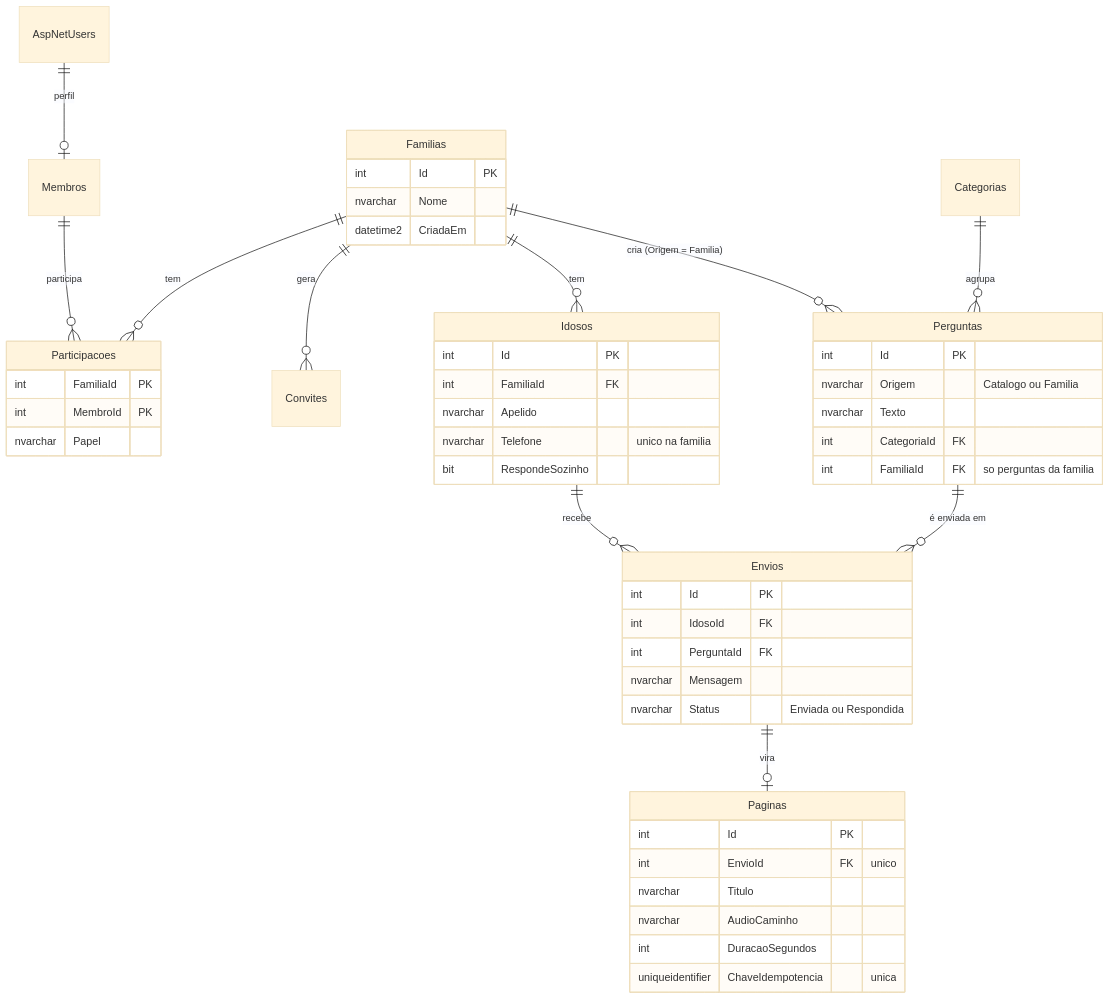
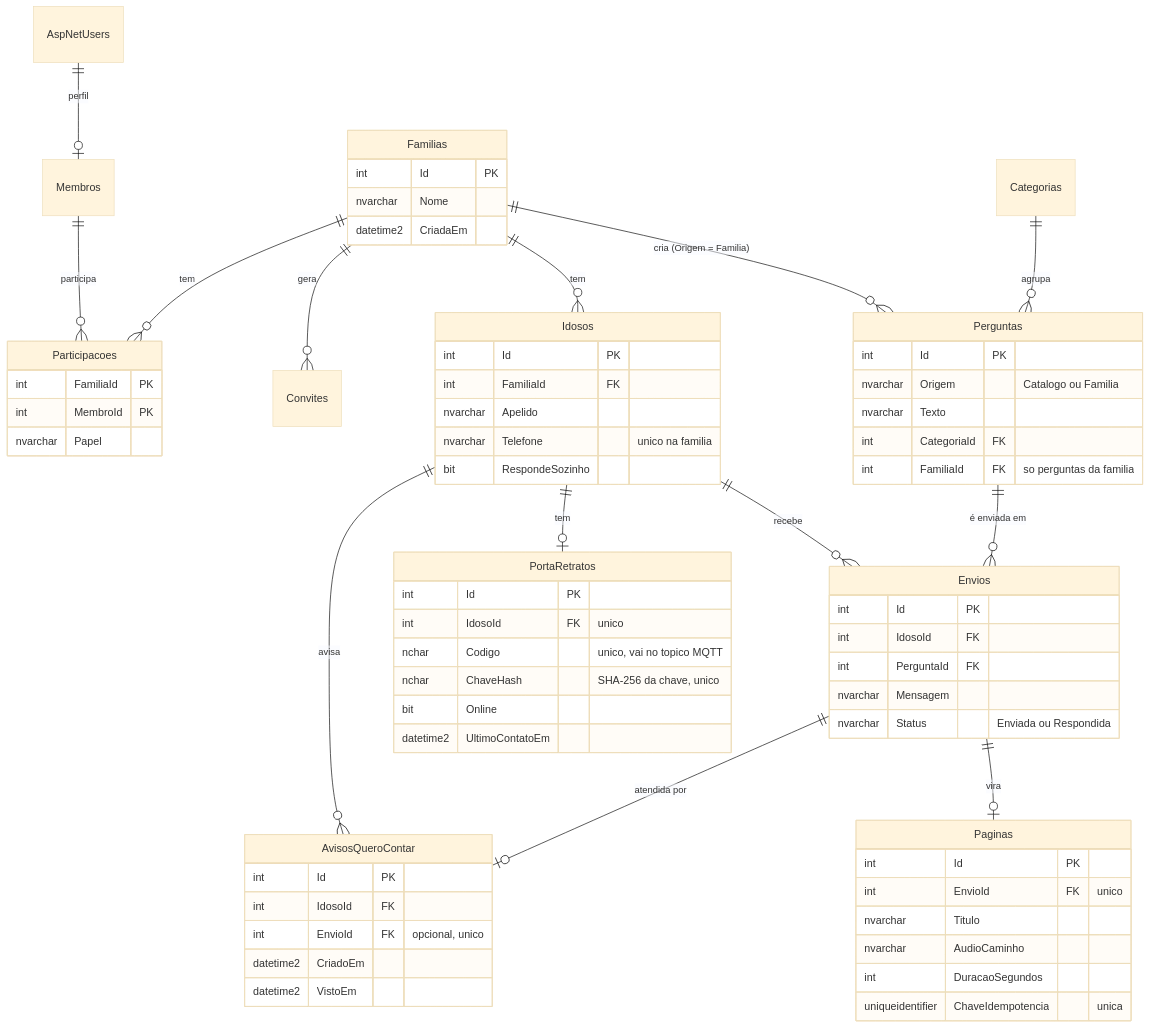
One commit to Nicoli-Kassa/GS_CitizenTech_API_MeConta changed the fourth of 4 diagrams in README.md. Above: the diagram before and after it, drawn with Mermaid (base theme). The commit also changed other lines of this file and 44 other files, not shown here.

Commit message:
Porta-retrato Me Conta (IoT): rotas do aparelho, avisos, migração PortaRetrato, roteiro e evidências

````diff
--- a/README.md
+++ b/README.md
@@ -263,53 +265,71 @@
 ```mermaid
 erDiagram
     AspNetUsers ||--o| Membros : "perfil"
     Membros ||--o{ Participacoes : "participa"
     Familias ||--o{ Participacoes : "tem"
     Familias ||--o{ Convites : "gera"
     Familias ||--o{ Idosos : "tem"
     Familias ||--o{ Perguntas : "cria (Origem = Familia)"
     Categorias ||--o{ Perguntas : "agrupa"
     Idosos ||--o{ Envios : "recebe"
     Perguntas ||--o{ Envios : "é enviada em"
     Envios ||--o| Paginas : "vira"
+    Idosos ||--o| PortaRetratos : "tem"
+    Idosos ||--o{ AvisosQueroContar : "avisa"
+    Envios ||--o| AvisosQueroContar : "atendida por"
 
     Familias {
         int Id PK
         nvarchar Nome
         datetime2 CriadaEm
     }
     Participacoes {
         int FamiliaId PK
         int MembroId PK
         nvarchar Papel
     }
     Idosos {
         int Id PK
         int FamiliaId FK
         nvarchar Apelido
         nvarchar Telefone "unico na familia"
         bit RespondeSozinho
     }
     Perguntas {
         int Id PK
         nvarchar Origem "Catalogo ou Familia"
         nvarchar Texto
         int CategoriaId FK
         int FamiliaId FK "so perguntas da familia"
     }
     Envios {
         int Id PK
         int IdosoId FK
         int PerguntaId FK
         nvarchar Mensagem
         nvarchar Status "Enviada ou Respondida"
     }
     Paginas {
         int Id PK
         int EnvioId FK "unico"
         nvarchar Titulo
         nvarchar AudioCaminho
         int DuracaoSegundos
         uniqueidentifier ChaveIdempotencia "unica"
     }
+    PortaRetratos {
+        int Id PK
+        int IdosoId FK "unico"
+        nchar Codigo "unico, vai no topico MQTT"
+        nchar ChaveHash "SHA-256 da chave, unico"
+        bit Online
+        datetime2 UltimoContatoEm
+    }
+    AvisosQueroContar {
+        int Id PK
+        int IdosoId FK
+        int EnvioId FK "opcional, unico"
+        datetime2 CriadoEm
+        datetime2 VistoEm
+    }
 ```
````
